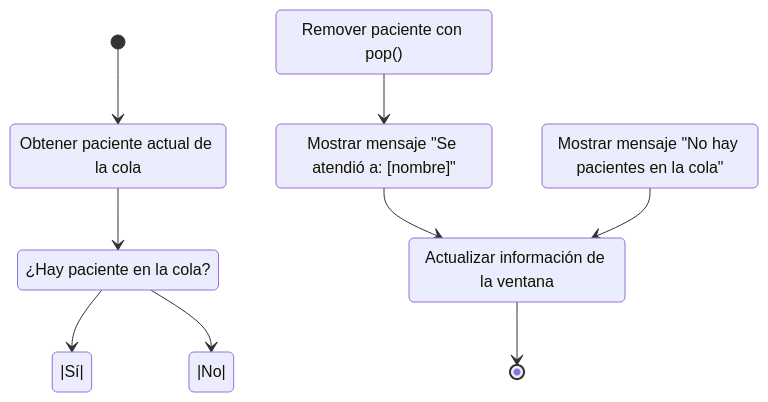
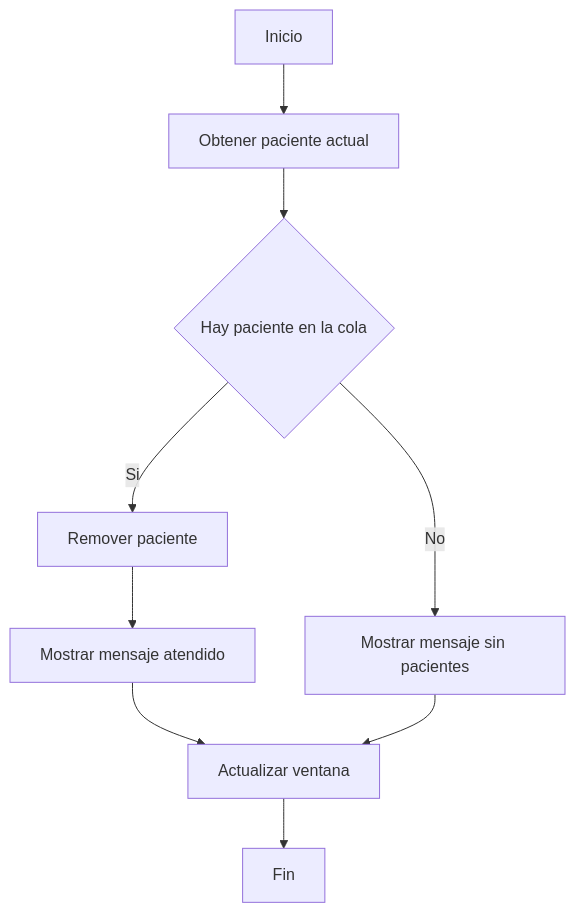
The diagram in docs/Diagrama_Actividad.md (MynorCifuentes/Sistema-Turnos-Medicos), drawn with Mermaid before and after one commit.

Commit message:
Se creó un diagrama de flujo para el método atender()

````diff
--- a/docs/Diagrama_Actividad.md
+++ b/docs/Diagrama_Actividad.md
@@ -3,17 +3,11 @@
 ```mermaid
-stateDiagram-v2
-    [*] --> ObtenerPaciente
-    ObtenerPaciente: Obtener paciente actual de la cola
-    ObtenerPaciente --> TienePaciente
-    TienePaciente: ¿Hay paciente en la cola?
-    TienePaciente -->|Sí| RemoverPaciente
-    RemoverPaciente: Remover paciente con pop()
-    RemoverPaciente --> MensajeAtendido
-    MensajeAtendido: Mostrar mensaje "Se atendió a: [nombre]"
-    MensajeAtendido --> ActualizarVentana
-    TienePaciente -->|No| MensajeNoHay
-    MensajeNoHay: Mostrar mensaje "No hay pacientes en la cola"
-    MensajeNoHay --> ActualizarVentana
-    ActualizarVentana: Actualizar información de la ventana
-    ActualizarVentana --> [*]
+flowchart TD
+    A[Inicio] --> B[Obtener paciente actual]
+    B --> C{Hay paciente en la cola}
+    C -- Si --> D[Remover paciente]
+    D --> E[Mostrar mensaje atendido]
+    E --> G[Actualizar ventana]
+    C -- No --> F[Mostrar mensaje sin pacientes]
+    F --> G
+    G --> H[Fin]
 ```
````
